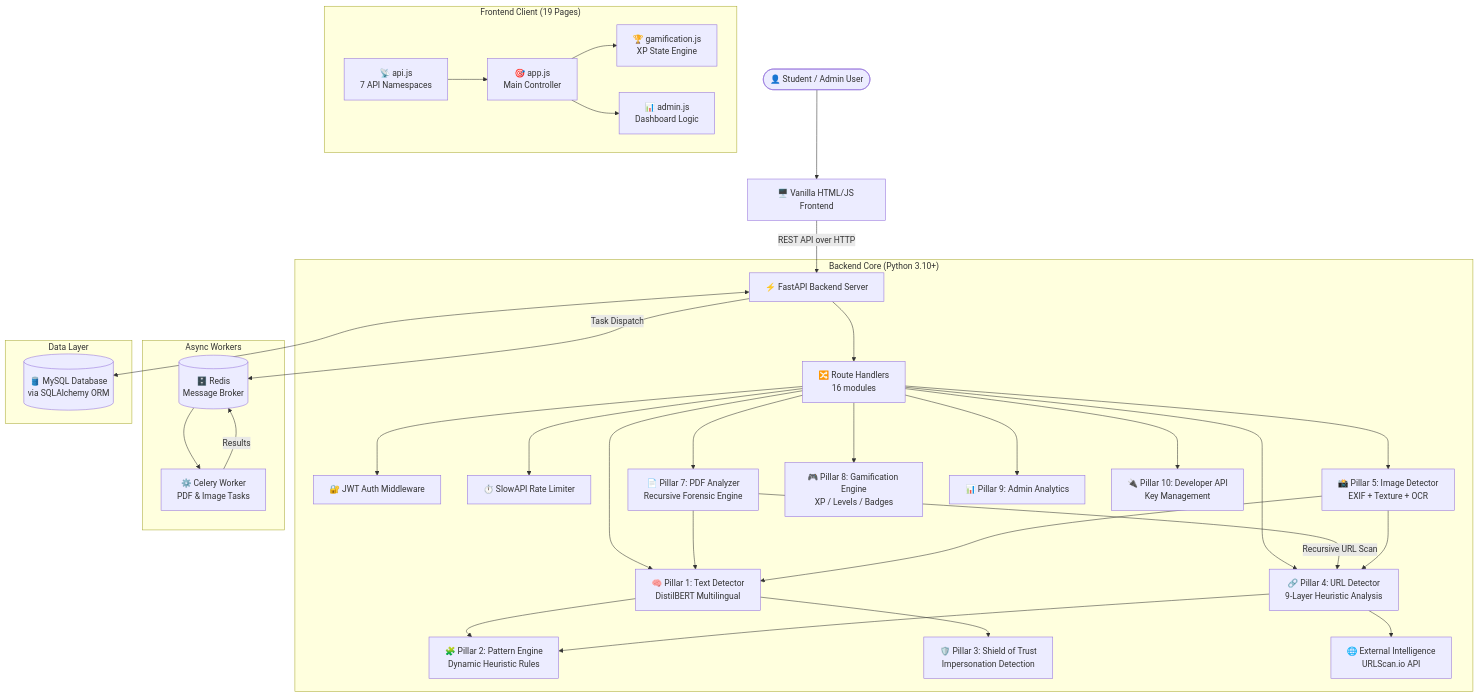
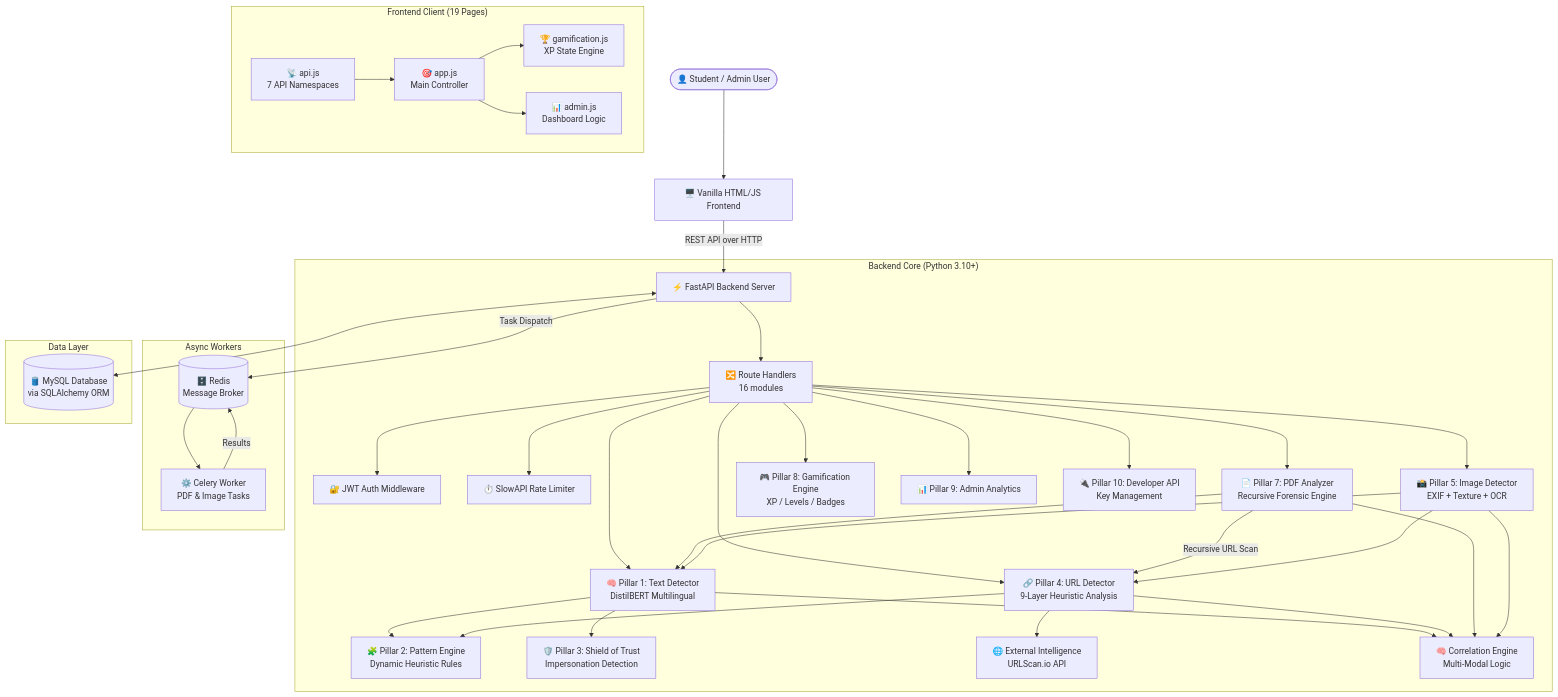
The first of 3 diagrams in docs/architecture.md (FerretyCobra/CyberShield-EDU), drawn with Mermaid before and after one commit. The commit also changed other lines of this file and 4 other files, not shown here.

Commit message:
docs: add comprehensive project documentation including architecture, detection engines, API, and changelog.

````diff
--- a/docs/architecture.md
+++ b/docs/architecture.md
@@ -64,45 +66,51 @@
 ```mermaid
 graph TD
     User([👤 Student / Admin User]) --> Frontend[🖥️ Vanilla HTML/JS Frontend]
     Frontend -->|REST API over HTTP| Backend[⚡ FastAPI Backend Server]
 
     subgraph "Backend Core (Python 3.10+)"
         Backend --> Router[🔀 Route Handlers<br/>16 modules]
         Router --> AuthMiddleware[🔐 JWT Auth Middleware]
         Router --> RateLimiter[⏱️ SlowAPI Rate Limiter]
 
         Router --> TextDetector[🧠 Pillar 1: Text Detector<br/>DistilBERT Multilingual]
         Router --> URLDetector[🔗 Pillar 4: URL Detector<br/>9-Layer Heuristic Analysis]
         Router --> PDFAnalyzer[📄 Pillar 7: PDF Analyzer<br/>Recursive Forensic Engine]
         Router --> ImageDetector[📸 Pillar 5: Image Detector<br/>EXIF + Texture + OCR]
 
         TextDetector --> PatternEngine[🧩 Pillar 2: Pattern Engine<br/>Dynamic Heuristic Rules]
         TextDetector --> TrustService[🛡️ Pillar 3: Shield of Trust<br/>Impersonation Detection]
         URLDetector --> PatternEngine
         URLDetector --> ExternalIntel[🌐 External Intelligence<br/>URLScan.io API]
+        
         PDFAnalyzer -->|Recursive URL Scan| URLDetector
         PDFAnalyzer --> TextDetector
         ImageDetector --> TextDetector
         ImageDetector --> URLDetector
+
+        TextDetector --> Correlation[🧠 Correlation Engine<br/>Multi-Modal Logic]
+        URLDetector --> Correlation
+        PDFAnalyzer --> Correlation
+        ImageDetector --> Correlation
 
         Router --> GamifService[🎮 Pillar 8: Gamification Engine<br/>XP / Levels / Badges]
         Router --> AdminService[📊 Pillar 9: Admin Analytics]
         Router --> APIKeyService[🔌 Pillar 10: Developer API<br/>Key Management]
     end
 
     subgraph "Async Workers"
         Backend -->|Task Dispatch| Redis[(🗄️ Redis<br/>Message Broker)]
         Redis --> CeleryWorker[⚙️ Celery Worker<br/>PDF & Image Tasks]
         CeleryWorker -->|Results| Redis
     end
 
     subgraph "Data Layer"
         Backend <--> MySQL[(🛢️ MySQL Database<br/>via SQLAlchemy ORM)]
     end
 
     subgraph "Frontend Client (19 Pages)"
         FE_API[📡 api.js<br/>7 API Namespaces] --> FE_App[🎯 app.js<br/>Main Controller]
         FE_App --> FE_Gamif[🏆 gamification.js<br/>XP State Engine]
         FE_App --> FE_Admin[📊 admin.js<br/>Dashboard Logic]
     end
 ```
````
